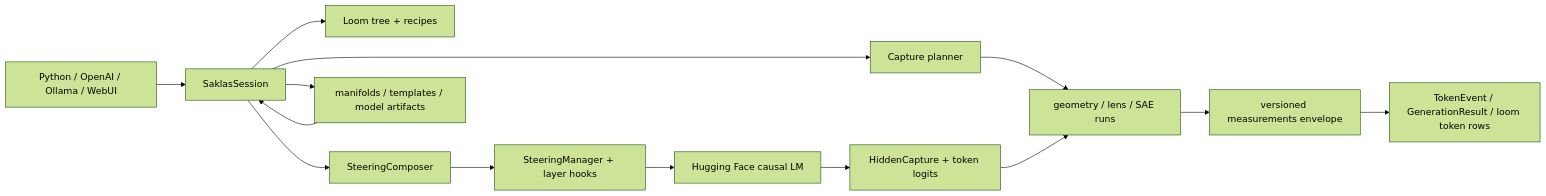
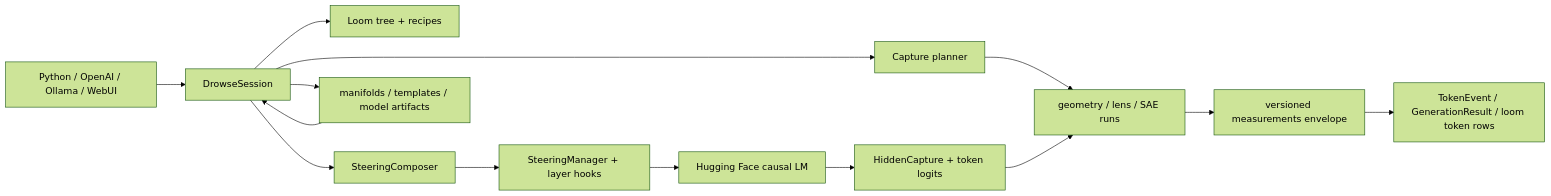
The diagram in ARCHITECTURE.md (a9lim/drowse), drawn with Mermaid (forest theme) before and after one commit. The commit also changed other lines of this file and 4224 other files, not shown here.

````diff
--- a/ARCHITECTURE.md
+++ b/ARCHITECTURE.md
@@ -22,16 +22,16 @@
 ```mermaid
 flowchart LR
-    Clients["Python / OpenAI / Ollama / WebUI"] --> Session["SaklasSession"]
+    Clients["Python / OpenAI / Ollama / WebUI"] --> Session["DrowseSession"]
     Session --> Loom["Loom tree + recipes"]
     Session --> Composer["SteeringComposer"]
     Composer --> Hooks["SteeringManager + layer hooks"]
     Session --> Planner["Capture planner"]
     Planner --> Runs["geometry / lens / SAE runs"]
     Hooks --> Model["Hugging Face causal LM"]
     Model --> Capture["HiddenCapture + token logits"]
     Capture --> Runs
     Runs --> Measurements["versioned measurements envelope"]
     Measurements --> Results["TokenEvent / GenerationResult / loom token rows"]
     Store["manifolds / templates / model artifacts"] --> Session
     Session --> Store
 ```
````
